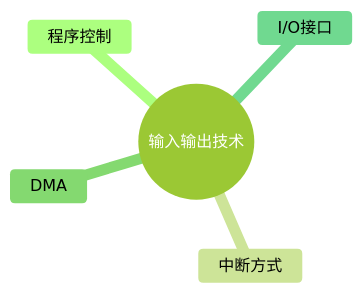
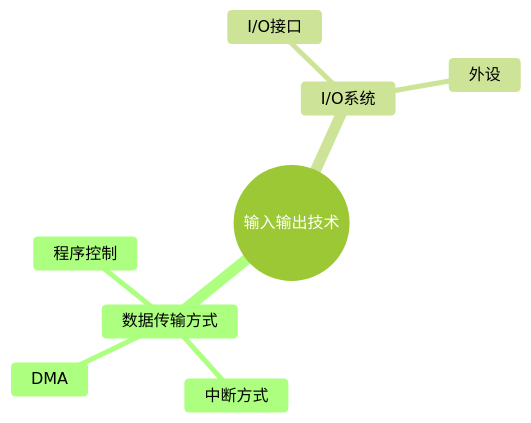
Before and after one commit to skylonely/sgao-website: the first of 2 diagrams in docs/ruankao/system-architect/chapters/07-io.md, drawn with Mermaid (forest theme). The commit also changed 39 other files, not shown here.

Commit message:
fix: Mermaid 思维导图

````diff
--- a/docs/ruankao/system-architect/chapters/07-io.md
+++ b/docs/ruankao/system-architect/chapters/07-io.md
@@ -40,8 +40,11 @@
 ```mermaid
 mindmap
   root((输入输出技术))
-    程序控制
-    中断方式
-    DMA
-    I/O接口
+    数据传输方式
+      程序控制
+      中断方式
+      DMA
+    I/O系统
+      I/O接口
+      外设
 ```
````
